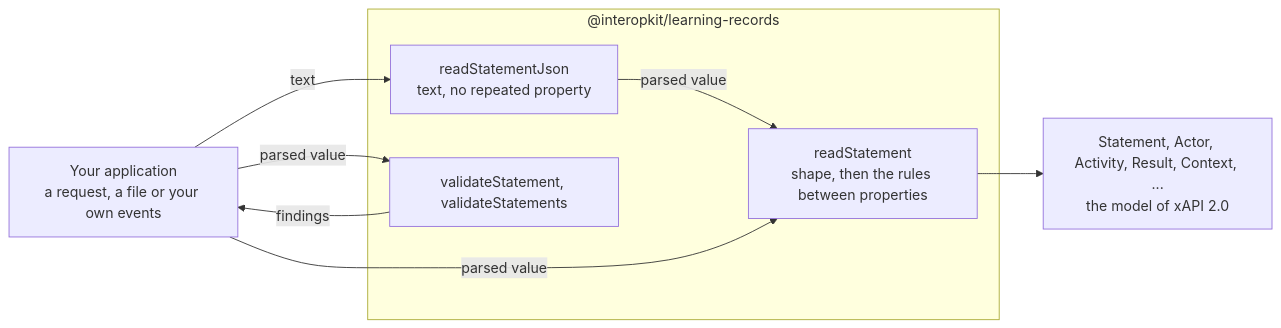
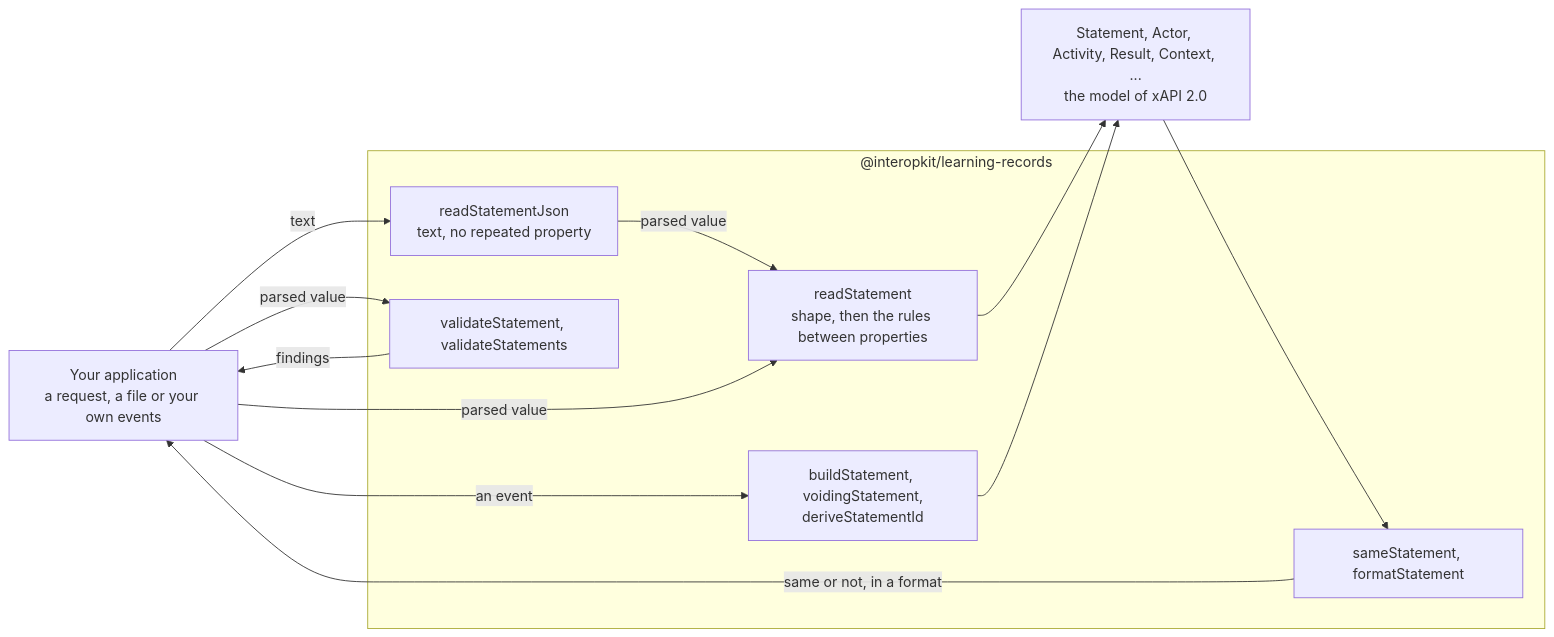
The diagram in packages/learning-records/README.md (interopkit/interopkit), drawn with Mermaid before and after one commit. The commit also changed other lines of this file and 45 other files, not shown here.

````diff
--- a/packages/learning-records/README.md
+++ b/packages/learning-records/README.md
@@ -8,16 +8,22 @@
 ```mermaid
 flowchart LR
   host["Your application<br/>a request, a file or your own events"]
   subgraph pkg["@interopkit/learning-records"]
     json["readStatementJson<br/>text, no repeated property"]
     read["readStatement<br/>shape, then the rules between properties"]
     validate["validateStatement, validateStatements"]
+    build["buildStatement, voidingStatement,<br/>deriveStatementId"]
+    compare["sameStatement, formatStatement"]
   end
   model["Statement, Actor, Activity, Result, Context, ...<br/>the model of xAPI 2.0"]
   host -->|"text"| json
   json -->|"parsed value"| read
   host -->|"parsed value"| read
   read --> model
   host -->|"parsed value"| validate
   validate -->|"findings"| host
+  host -->|"an event"| build
+  build --> model
+  model --> compare
+  compare -->|"same or not, in a format"| host
 ```
````
